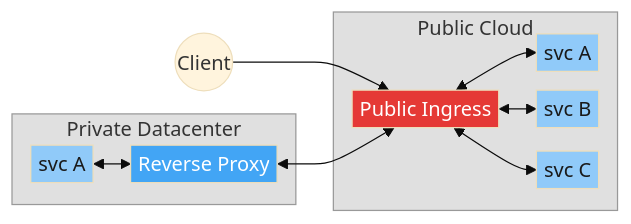
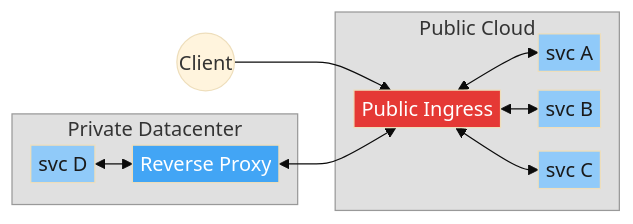
The first of 9 diagrams in presentations/slim-multicluster-demo/slim-multicluster-demo.md (agntcy/blogs), drawn with Mermaid (base theme) before and after one commit. The commit also changed other lines of this file, not shown here.

````diff
--- a/presentations/slim-multicluster-demo/slim-multicluster-demo.md
+++ b/presentations/slim-multicluster-demo/slim-multicluster-demo.md
@@ -19,23 +19,23 @@
 ```mermaid
 %%{init: {'flowchart': {'nodeSpacing': 15, 'rankSpacing': 30, 'padding': 3}}}%%
 graph LR
     subgraph PRV["Private Datacenter"]
-        S4[svc A] <--> RP[Reverse Proxy]
+        S4[svc D] <--> RP[Reverse Proxy]
     end
     subgraph PUB["Public Cloud"]
         IG[Public Ingress]
         IG <--> S1[svc A]
         IG <--> S2[svc B]
         IG <--> S3[svc C]
     end
     C((Client)) --> IG
     RP <--> IG
     style IG fill:#E53935,color:#fff
     style RP fill:#42A5F5,color:#fff
     style PUB fill:#e0e0e0,stroke:#999,color:#333
     style PRV fill:#e0e0e0,stroke:#999,color:#333
     style S1 fill:#90CAF9,color:#1a1a1a
     style S2 fill:#90CAF9,color:#1a1a1a
     style S3 fill:#90CAF9,color:#1a1a1a
     style S4 fill:#90CAF9,color:#1a1a1a
 ```
````
